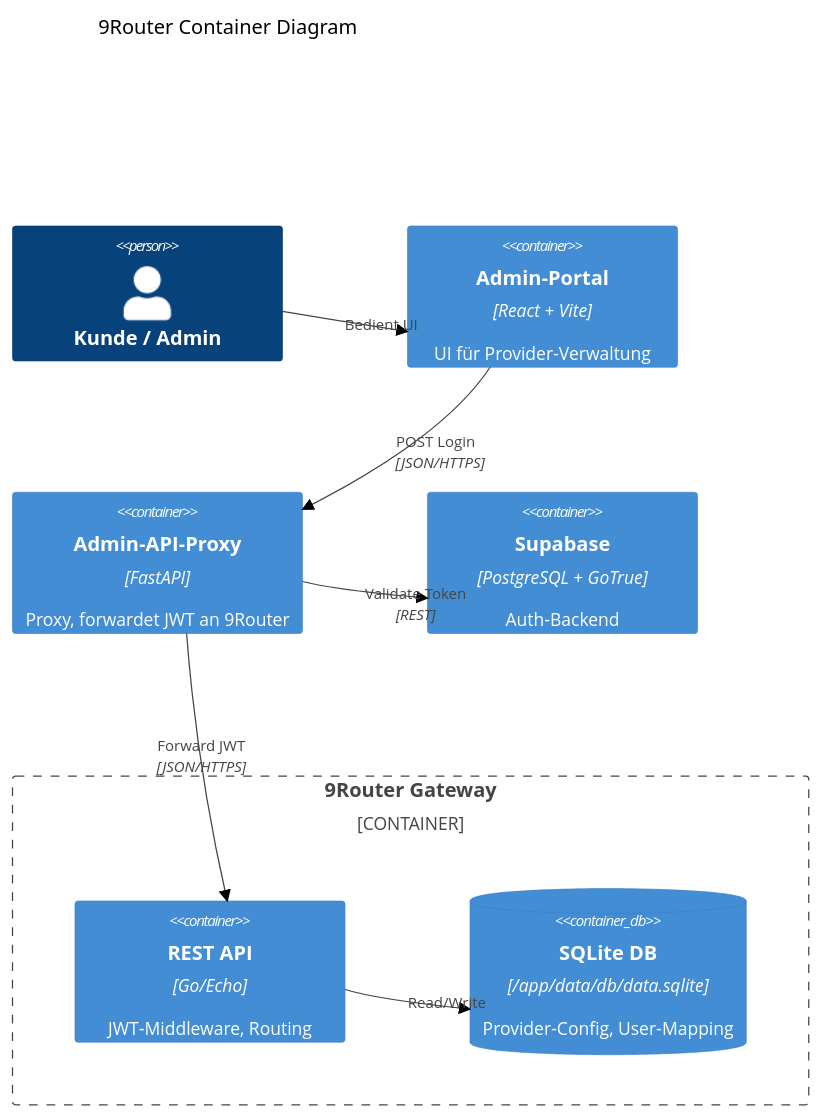
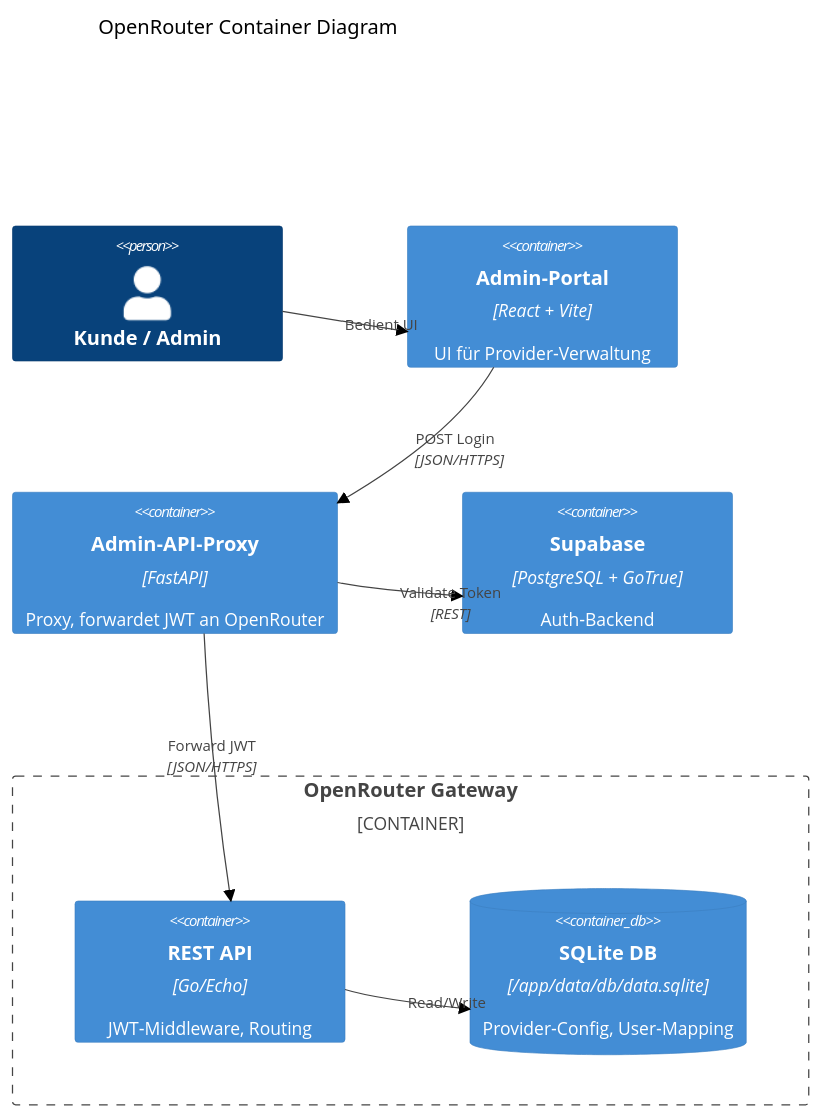
Before and after one commit to NeXify-AI-by-NeXify-Chat-it-Automat-it/nexifyai-platform: the second of 4 diagrams in docs/architecture/ADR-102-9router-auth-flow.md, drawn with Mermaid (forest theme). The commit also changed other lines of this file and 55 other files, not shown here.

First line of the commit message:
feat(cleanup): 9Router removal + system-wide OpenRouter migration

````diff
--- a/docs/architecture/ADR-102-9router-auth-flow.md
+++ b/docs/architecture/ADR-102-9router-auth-flow.md
@@ -28,18 +28,18 @@
 ```mermaid
 C4Container
-  title 9Router Container Diagram
+  title OpenRouter Container Diagram
   Person(user, "Kunde / Admin")
   Container(spa, "Admin‑Portal", "React + Vite", "UI für Provider‑Verwaltung")
-  Container(apiProxy, "Admin‑API‑Proxy", "FastAPI", "Proxy, forwardet JWT an 9Router")
-  Container_Boundary(gw, "9Router Gateway") {
+  Container(apiProxy, "Admin‑API‑Proxy", "FastAPI", "Proxy, forwardet JWT an OpenRouter")
+  Container_Boundary(gw, "OpenRouter Gateway") {
     Container(api, "REST API", "Go/Echo", "JWT‑Middleware, Routing")
     ContainerDb(sqlite, "SQLite DB", "/app/data/db/data.sqlite", "Provider‑Config, User‑Mapping")
   }
   Container(sup, "Supabase", "PostgreSQL + GoTrue", "Auth‑Backend")
   Rel(user, spa, "Bedient UI")
   Rel(spa, apiProxy, "POST Login", "JSON/HTTPS")
   Rel(apiProxy, sup, "Validate Token", "REST")
   Rel(apiProxy, api, "Forward JWT", "JSON/HTTPS")
   Rel(api, sqlite, "Read/Write")
   UpdateRelStyle(apiProxy, api, $offsetX="-40", $offsetY="-20")
 ```
````
